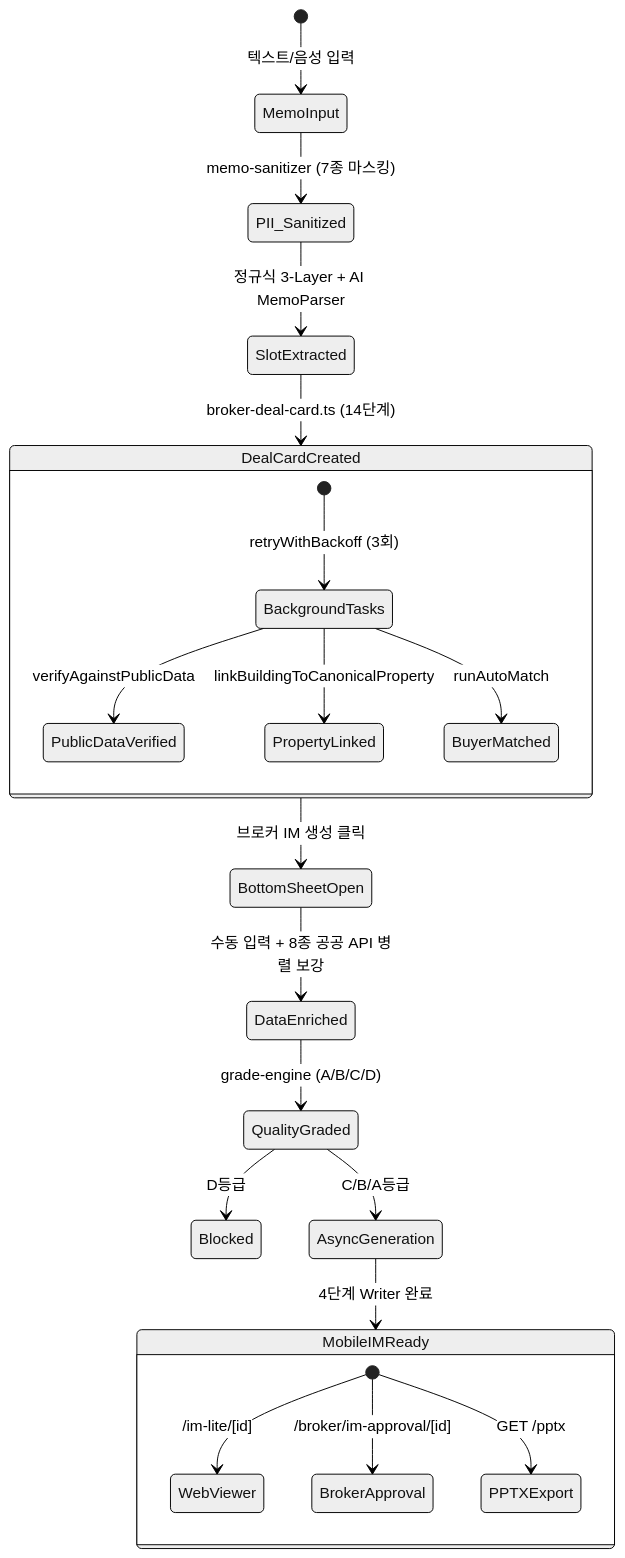
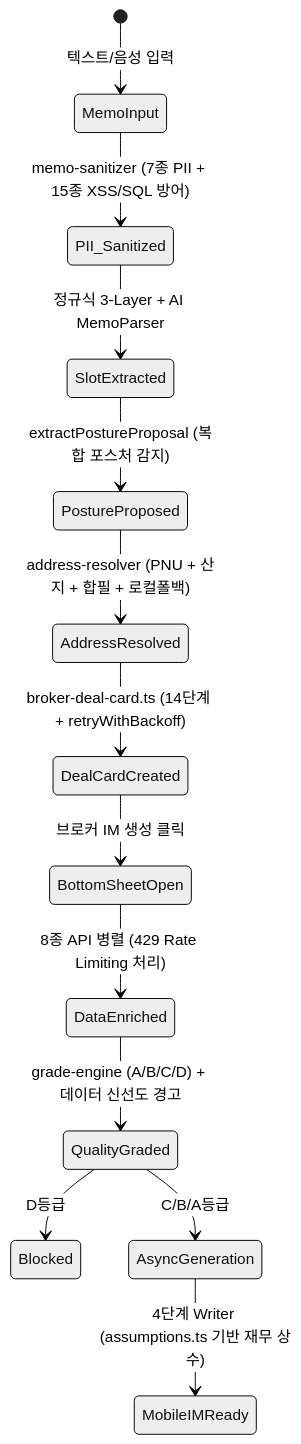
Before and after one commit to kboom8002/cre-dealcard: the diagram in docs/test0827/PIPELINE_FUNCTIONAL_SPEC.md, drawn with Mermaid (neutral theme). The commit also changed other lines of this file and 2 other files, not shown here.

````diff
--- a/docs/test0827/PIPELINE_FUNCTIONAL_SPEC.md
+++ b/docs/test0827/PIPELINE_FUNCTIONAL_SPEC.md
@@ -200,24 +246,15 @@
 ```mermaid
 stateDiagram-v2
     [*] --> MemoInput : 텍스트/음성 입력
-    MemoInput --> PII_Sanitized : memo-sanitizer (7종 마스킹)
+    MemoInput --> PII_Sanitized : memo-sanitizer (7종 PII + 15종 XSS/SQL 방어)
     PII_Sanitized --> SlotExtracted : 정규식 3-Layer + AI MemoParser
-    SlotExtracted --> DealCardCreated : broker-deal-card.ts (14단계)
-    state DealCardCreated {
-        [*] --> BackgroundTasks : retryWithBackoff (3회)
-        BackgroundTasks --> PublicDataVerified : verifyAgainstPublicData
-        BackgroundTasks --> PropertyLinked : linkBuildingToCanonicalProperty
-        BackgroundTasks --> BuyerMatched : runAutoMatch
-    }
+    SlotExtracted --> PostureProposed : extractPostureProposal (복합 포스처 감지)
+    PostureProposed --> AddressResolved : address-resolver (PNU + 산지 + 합필 + 로컬폴백)
+    AddressResolved --> DealCardCreated : broker-deal-card.ts (14단계 + retryWithBackoff)
     DealCardCreated --> BottomSheetOpen : 브로커 IM 생성 클릭
-    BottomSheetOpen --> DataEnriched : 수동 입력 + 8종 공공 API 병렬 보강
-    DataEnriched --> QualityGraded : grade-engine (A/B/C/D)
+    BottomSheetOpen --> DataEnriched : 8종 API 병렬 (429 Rate Limiting 처리)
+    DataEnriched --> QualityGraded : grade-engine (A/B/C/D) + 데이터 신선도 경고
     QualityGraded --> Blocked : D등급
     QualityGraded --> AsyncGeneration : C/B/A등급
-    AsyncGeneration --> MobileIMReady : 4단계 Writer 완료
-    state MobileIMReady {
-        [*] --> WebViewer : /im-lite/[id]
-        [*] --> BrokerApproval : /broker/im-approval/[id]
-        [*] --> PPTXExport : GET /pptx
-    }
+    AsyncGeneration --> MobileIMReady : 4단계 Writer (assumptions.ts 기반 재무 상수)
 ```
````
